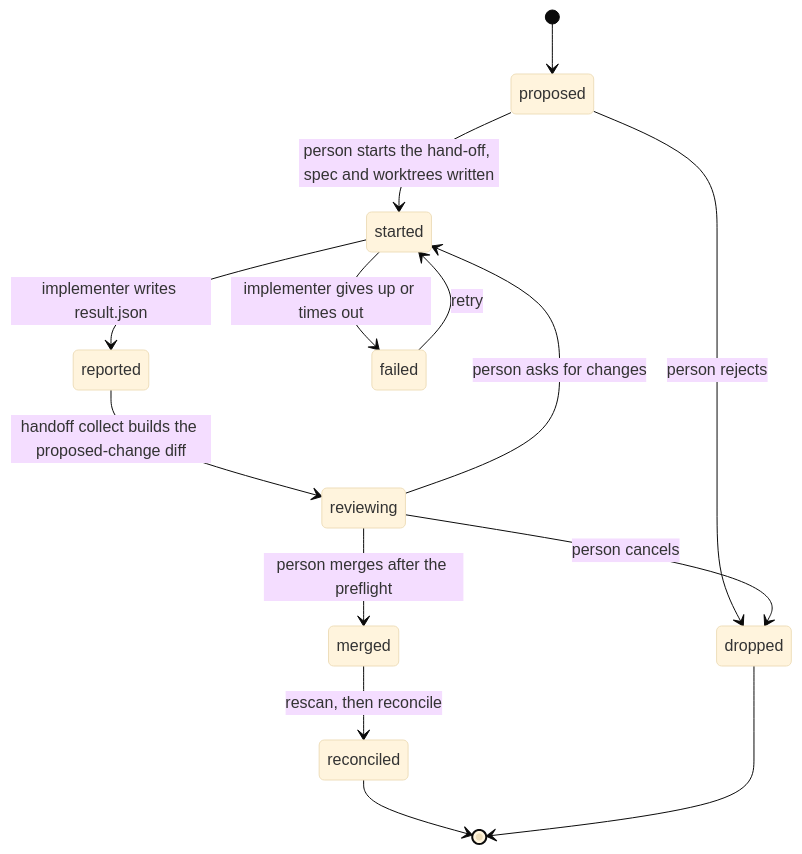
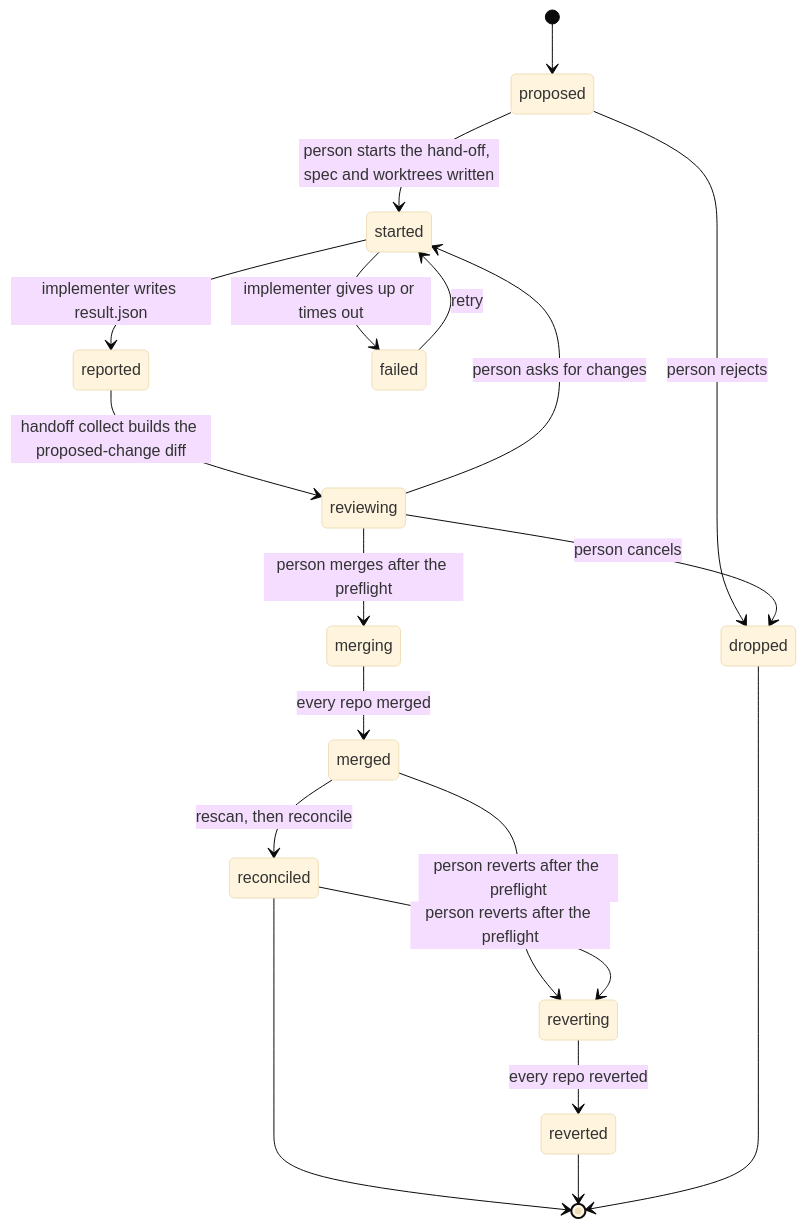
One commit to doodla/planroom changed the seventh of 7 diagrams in docs/contributing/architecture.md. Above: the diagram before and after it, drawn with Mermaid (base theme). The commit also changed other lines of this file and 9 other files, not shown here.

First line of the commit message:
Architecture review round 1: apply the fixes, owner follow-ups in DR-60

````diff
--- a/docs/contributing/architecture.md
+++ b/docs/contributing/architecture.md
@@ -964,16 +1063,21 @@
 ```mermaid
 stateDiagram-v2
     [*] --> proposed
     proposed --> started: person starts the hand-off, spec and worktrees written
     proposed --> dropped: person rejects
     started --> reported: implementer writes result.json
     started --> failed: implementer gives up or times out
     failed --> started: retry
     reported --> reviewing: handoff collect builds the proposed-change diff
-    reviewing --> merged: person merges after the preflight
+    reviewing --> merging: person merges after the preflight
+    merging --> merged: every repo merged
     reviewing --> started: person asks for changes
     reviewing --> dropped: person cancels
     merged --> reconciled: rescan, then reconcile
+    merged --> reverting: person reverts after the preflight
+    reconciled --> reverting: person reverts after the preflight
+    reverting --> reverted: every repo reverted
     reconciled --> [*]
+    reverted --> [*]
     dropped --> [*]
 ```
````
